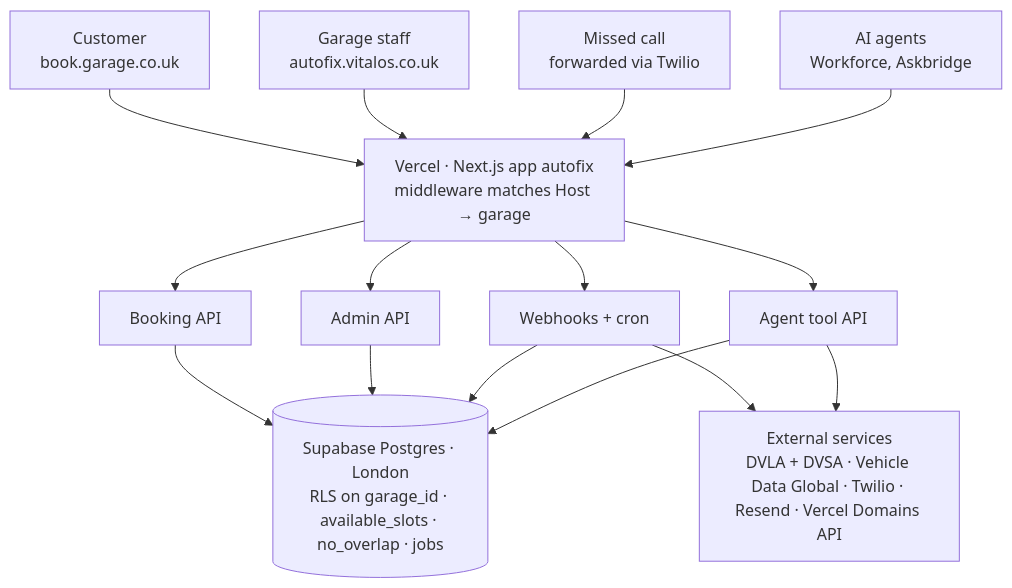
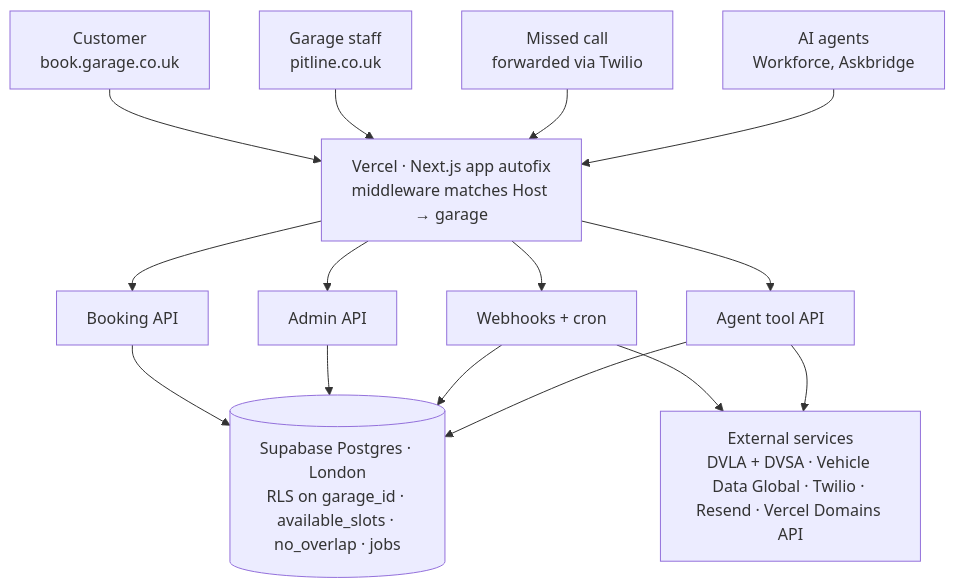
The diagram in docs/autofix/SPEC.md (vitalos-technologies/autofix), drawn with Mermaid before and after one commit. The commit also changed other lines of this file and 328 other files, not shown here.

````diff
--- a/docs/autofix/SPEC.md
+++ b/docs/autofix/SPEC.md
@@ -25,18 +25,18 @@
 ```mermaid
 flowchart TB
   C[Customer<br/>book.garage.co.uk] --> APP
-  S[Garage staff<br/>autofix.vitalos.co.uk] --> APP
+  S[Garage staff<br/>pitline.co.uk] --> APP
   M[Missed call<br/>forwarded via Twilio] --> APP
   A[AI agents<br/>Workforce, Askbridge] --> APP
   APP[Vercel · Next.js app autofix<br/>middleware matches Host → garage]
   APP --> B[Booking API]
   APP --> AD[Admin API]
   APP --> W[Webhooks + cron]
   APP --> AG[Agent tool API]
   B --> DB[(Supabase Postgres · London<br/>RLS on garage_id · available_slots · no_overlap · jobs)]
   AD --> DB
   W --> DB
   AG --> DB
   W --> EXT[External services<br/>DVLA + DVSA · Vehicle Data Global · Twilio · Resend · Vercel Domains API]
   AG --> EXT
 ```
````
